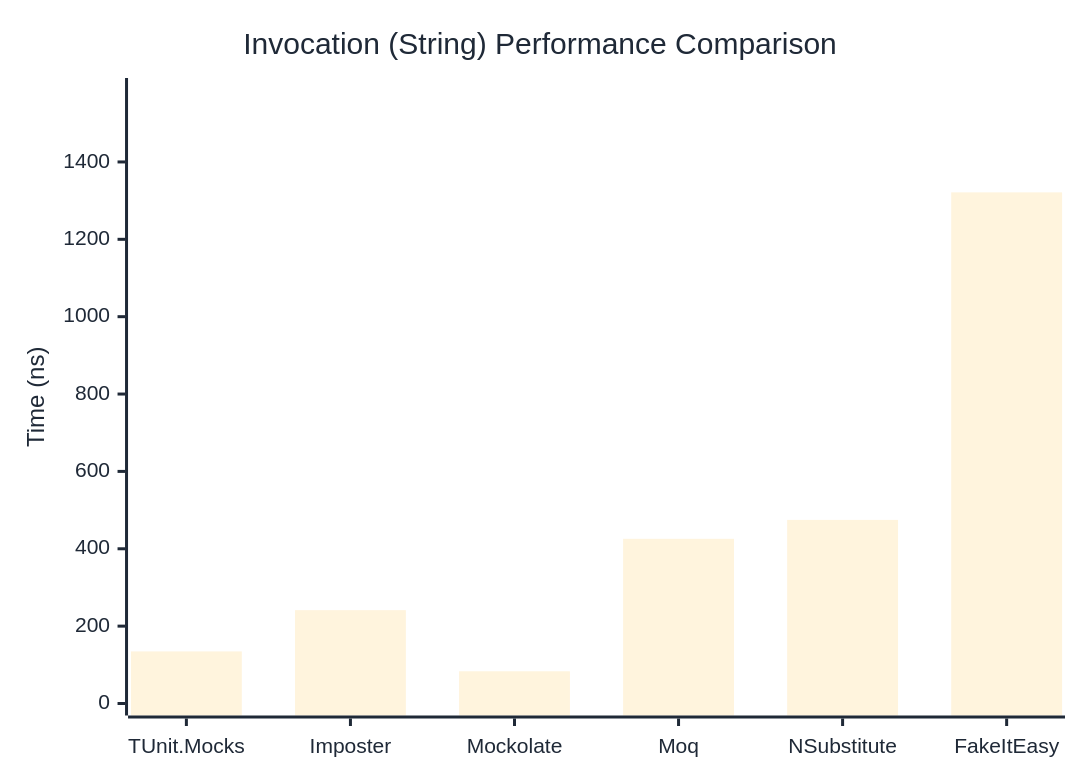
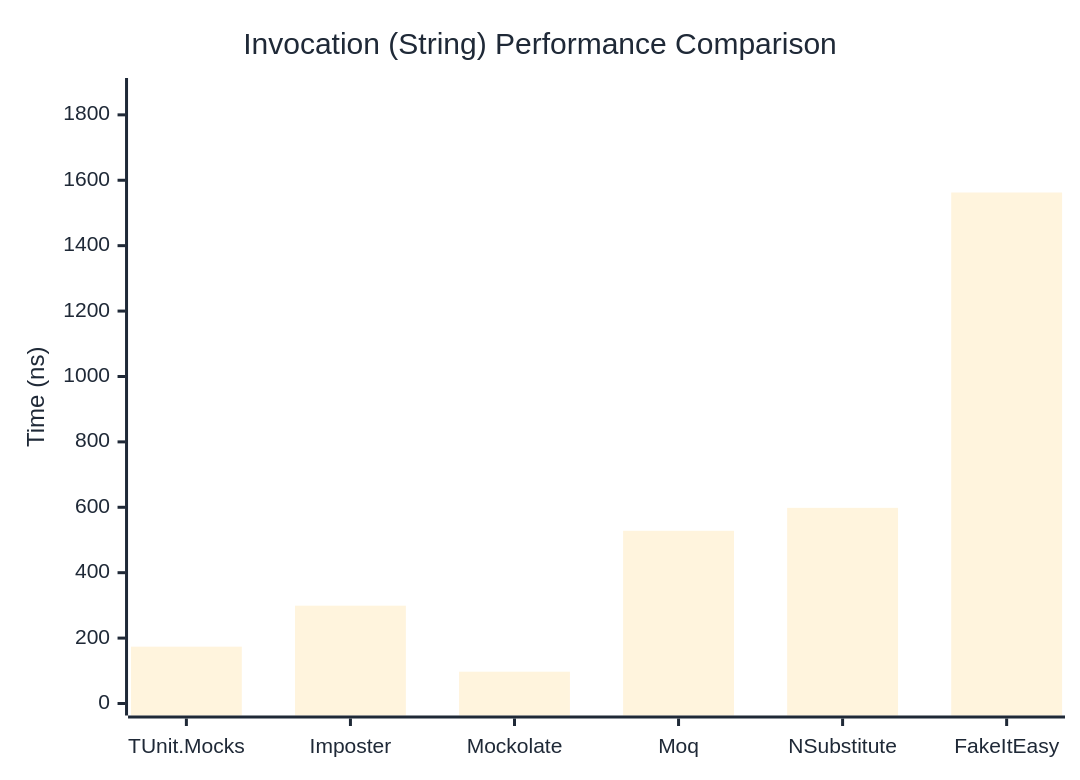
The second of 3 diagrams in docs/docs/benchmarks/mocks/Invocation.md (thomhurst/TUnit), drawn with Mermaid before and after one commit. The commit also changed other lines of this file and 14 other files, not shown here.

````diff
--- a/docs/docs/benchmarks/mocks/Invocation.md
+++ b/docs/docs/benchmarks/mocks/Invocation.md
@@ -71,27 +71,27 @@
 ```mermaid
 %%{init: {
   'theme':'base',
   'themeVariables': {
     'primaryColor': '#2563eb',
     'primaryTextColor': '#1f2937',
     'primaryBorderColor': '#1e40af',
     'lineColor': '#6b7280',
     'secondaryColor': '#7c3aed',
     'tertiaryColor': '#dc2626',
     'background': '#ffffff',
     'pie1': '#2563eb',
     'pie2': '#7c3aed',
     'pie3': '#dc2626',
     'pie4': '#f59e0b',
     'pie5': '#10b981',
     'pie6': '#06b6d4',
     'pie7': '#ec4899',
     'pie8': '#6366f1'
   }
 }}%%
 xychart-beta
   title "Invocation (String) Performance Comparison"
   x-axis ["TUnit.Mocks", "Imposter", "Mockolate", "Moq", "NSubstitute", "FakeItEasy"]
-  y-axis "Time (ns)" 0 --> 1586
-  bar [134.65, 241.29, 83.27, 425.75, 474.66, 1321.39]
+  y-axis "Time (ns)" 0 --> 1876
+  bar [173.79, 299.15, 97.21, 528.09, 598.3, 1562.57]
 ```
````
